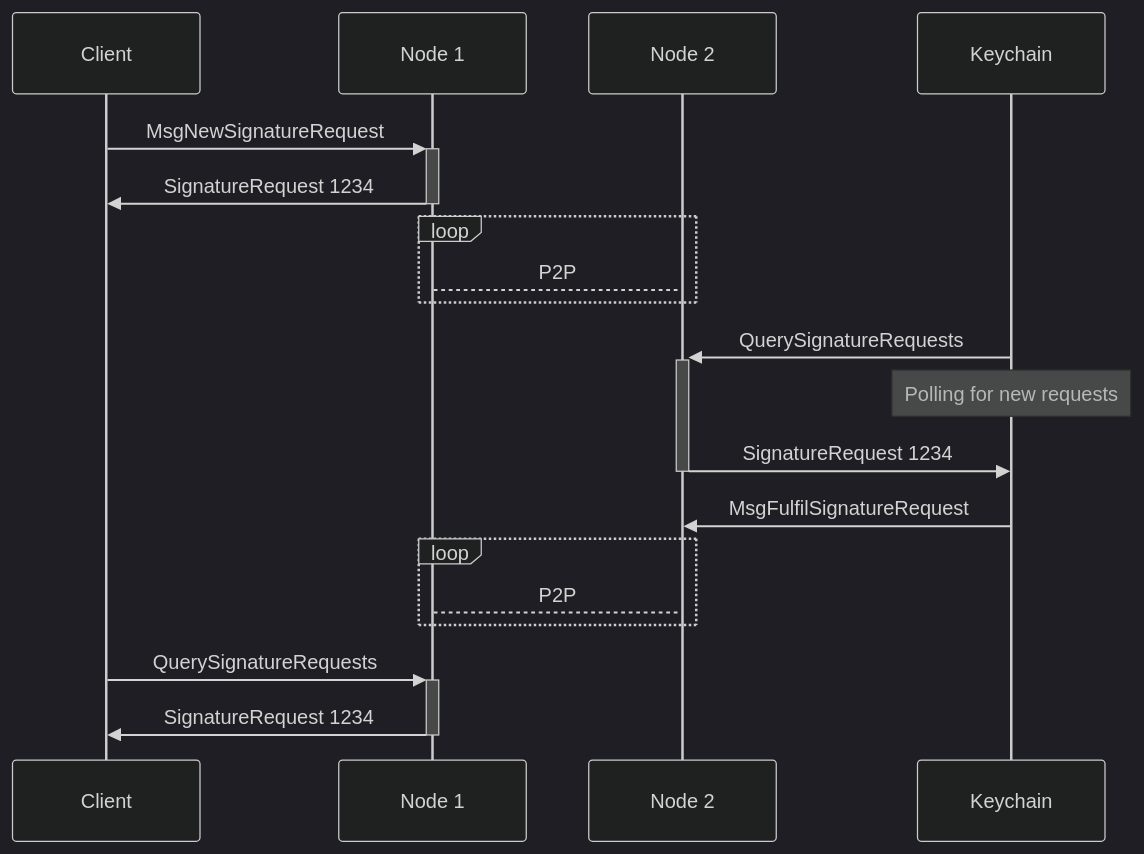
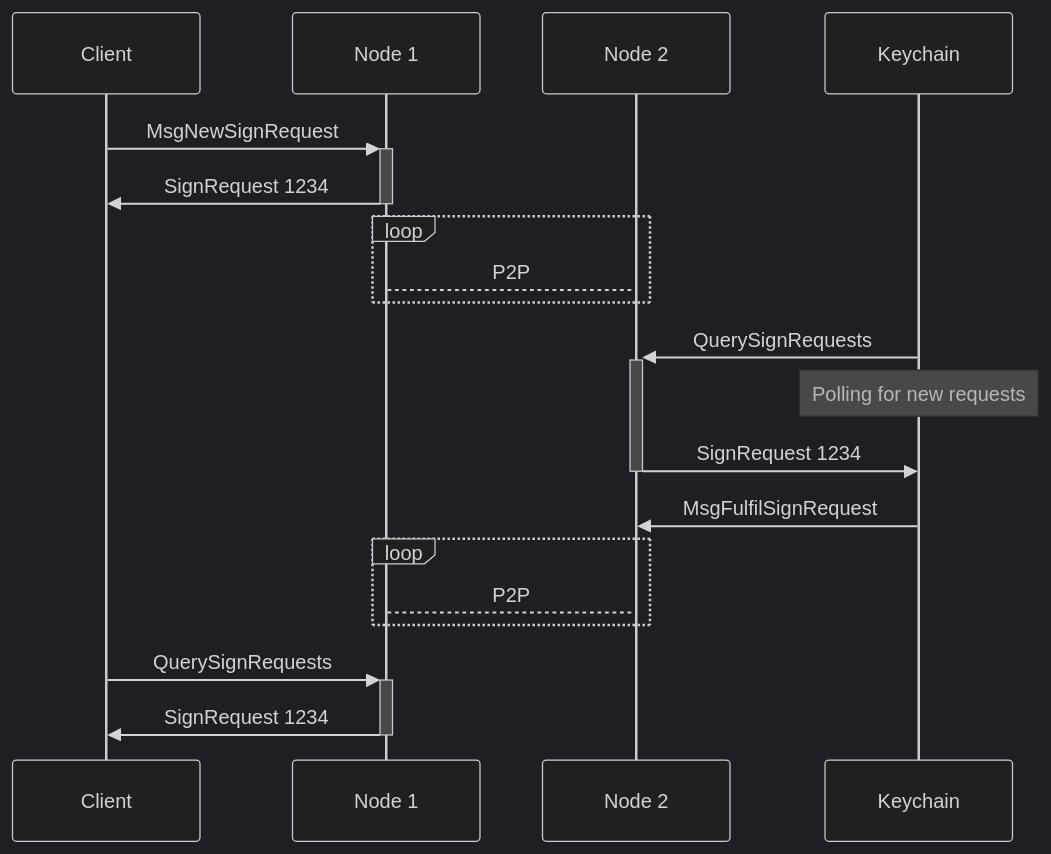
The second of 2 diagrams in docs/docs/learn/request-flow.md (warden-protocol/wardenprotocol), drawn with Mermaid (dark theme) before and after one commit. The commit also changed other lines of this file and 2 other files, not shown here.

Commit message:
minor fixes

````diff
--- a/docs/docs/learn/request-flow.md
+++ b/docs/docs/learn/request-flow.md
@@ -127,21 +127,21 @@
 ```mermaid
 sequenceDiagram
-    Client->>+Node 1: MsgNewSignatureRequest
-    Node 1->>-Client: SignatureRequest 1234
+    Client->>+Node 1: MsgNewSignRequest
+    Node 1->>-Client: SignRequest 1234
 
     loop
         Node 1-->Node 2: P2P
     end
 
-    Keychain->>+Node 2: QuerySignatureRequests
+    Keychain->>+Node 2: QuerySignRequests
     note over Keychain: Polling for new requests
-    Node 2->>-Keychain: SignatureRequest 1234
-    Keychain->>Node 2: MsgFulfilSignatureRequest
+    Node 2->>-Keychain: SignRequest 1234
+    Keychain->>Node 2: MsgFulfilSignRequest
 
     loop
         Node 1-->Node 2: P2P
     end
 
-    Client->>+Node 1: QuerySignatureRequests
-    Node 1->>-Client: SignatureRequest 1234
+    Client->>+Node 1: QuerySignRequests
+    Node 1->>-Client: SignRequest 1234
 ```
````
